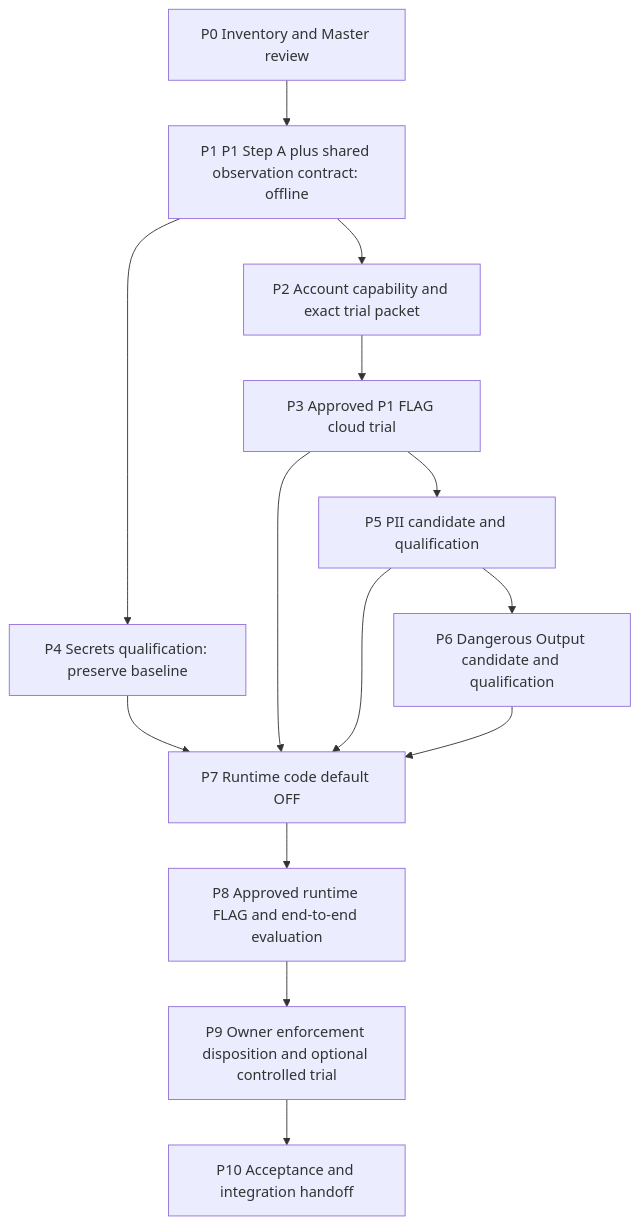
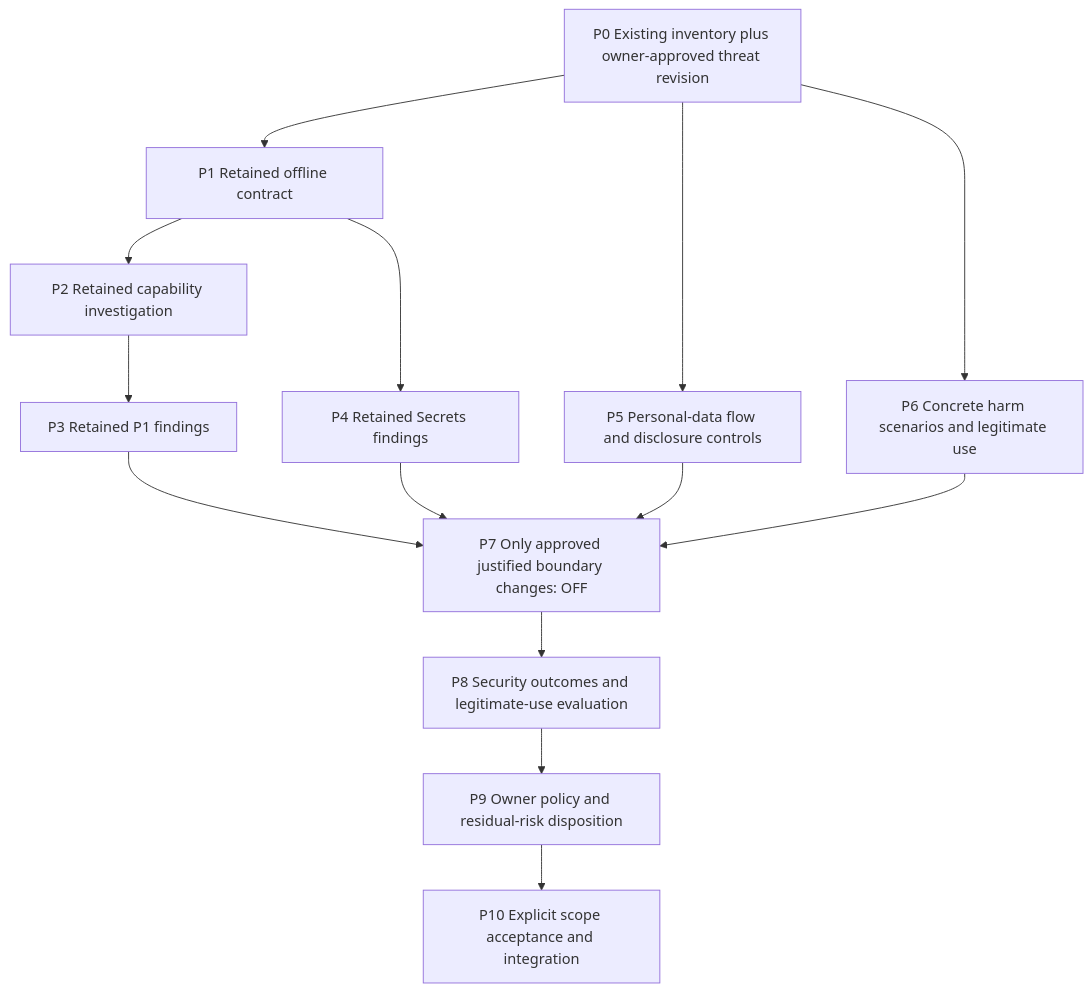
Before and after one commit to NhiBuaa/knora-agent: the first of 2 diagrams in docs/superpowers/plans/2026-10-16-issue-188-master-plan.md, drawn with Mermaid. The commit also changed other lines of this file and 115 other files, not shown here.

Commit message:
feat(evals): complete risk-based issue 188 offline handoff

````diff
--- a/docs/superpowers/plans/2026-10-16-issue-188-master-plan.md
+++ b/docs/superpowers/plans/2026-10-16-issue-188-master-plan.md
@@ -125,16 +275,16 @@
 ```mermaid
 flowchart TD
-  P0[P0 Inventory and Master review] --> P1[P1 P1 Step A plus shared observation contract: offline]
-  P1 --> P2[P2 Account capability and exact trial packet]
-  P2 --> P3[P3 Approved P1 FLAG cloud trial]
-  P1 --> P4[P4 Secrets qualification: preserve baseline]
-  P3 --> P5[P5 PII candidate and qualification]
-  P5 --> P6[P6 Dangerous Output candidate and qualification]
-  P4 --> P7[P7 Runtime code default OFF]
-  P3 --> P7
+  P0[P0 Existing inventory plus owner-approved threat revision] --> P1[P1 Retained offline contract]
+  P1 --> P2[P2 Retained capability investigation]
+  P2 --> P3[P3 Retained P1 findings]
+  P1 --> P4[P4 Retained Secrets findings]
+  P0 --> P5[P5 Personal-data flow and disclosure controls]
+  P0 --> P6[P6 Concrete harm scenarios and legitimate use]
+  P3 --> P7[P7 Only approved justified boundary changes: OFF]
+  P4 --> P7
   P5 --> P7
   P6 --> P7
-  P7 --> P8[P8 Approved runtime FLAG and end-to-end evaluation]
-  P8 --> P9[P9 Owner enforcement disposition and optional controlled trial]
-  P9 --> P10[P10 Acceptance and integration handoff]
+  P7 --> P8[P8 Security outcomes and legitimate-use evaluation]
+  P8 --> P9[P9 Owner policy and residual-risk disposition]
+  P9 --> P10[P10 Explicit scope acceptance and integration]
 ```
````
